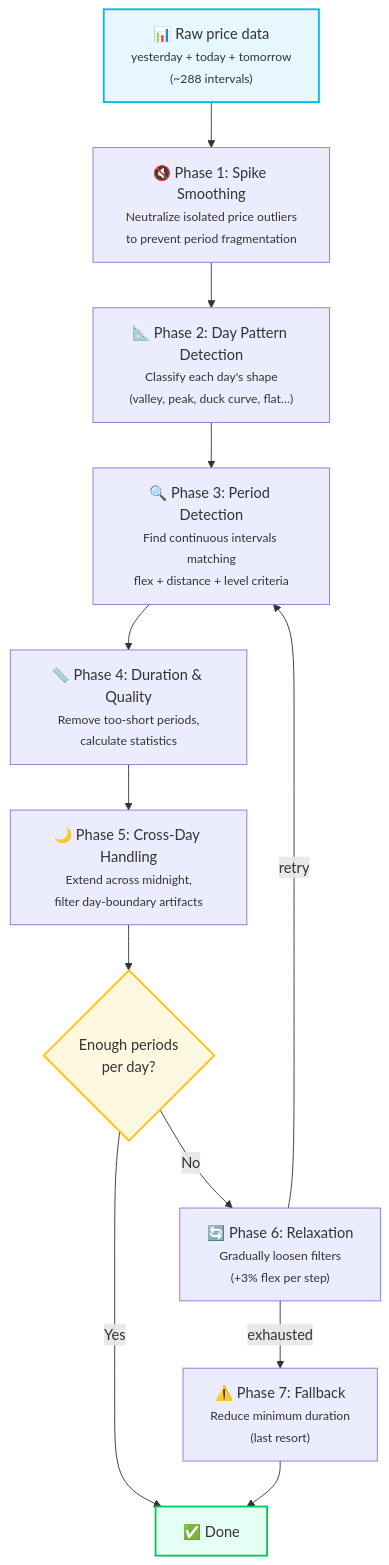
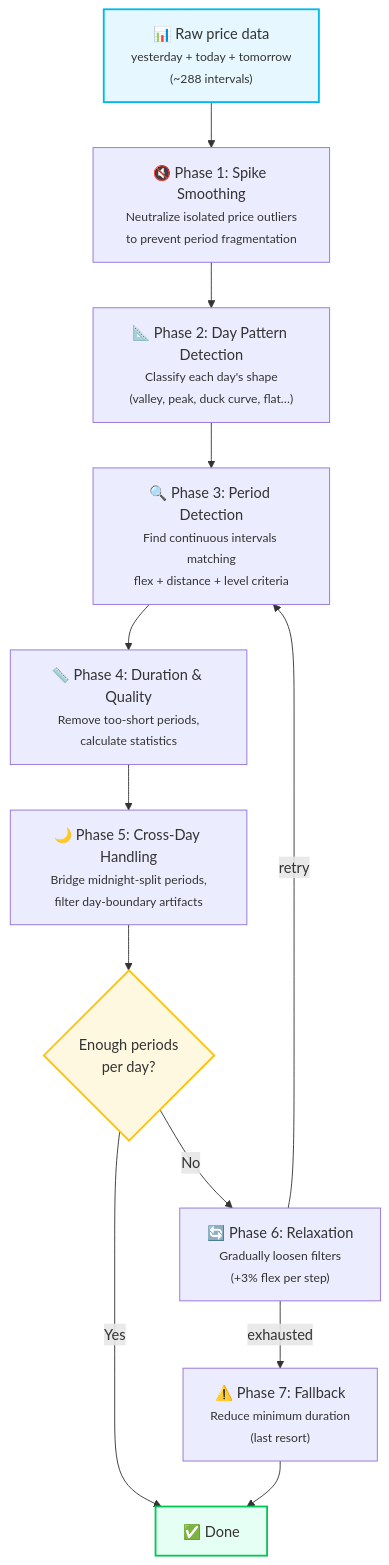
One commit to jpawlowski/hass.tibber_prices changed the second of 4 diagrams in docs/user/docs/period-calculation.md. Above: the diagram before and after it, drawn with Mermaid. The commit also changed other lines of this file and 5 other files, not shown here.

First line of the commit message:
refactor(periods): replace cross-day extension with bidirectional bridging

````diff
--- a/docs/user/docs/period-calculation.md
+++ b/docs/user/docs/period-calculation.md
@@ -106,19 +106,19 @@
 ```mermaid
 flowchart TD
     A["📊 Raw price data<br/><small>yesterday + today + tomorrow<br/>(~288 intervals)</small>"]
     A --> B["🔇 Phase 1: Spike Smoothing<br/><small>Neutralize isolated price outliers<br/>to prevent period fragmentation</small>"]
     B --> C["📐 Phase 2: Day Pattern Detection<br/><small>Classify each day's shape<br/>(valley, peak, duck curve, flat…)</small>"]
     C --> D["🔍 Phase 3: Period Detection<br/><small>Find continuous intervals matching<br/>flex + distance + level criteria</small>"]
     D --> E["📏 Phase 4: Duration &amp; Quality<br/><small>Remove too-short periods,<br/>calculate statistics</small>"]
-    E --> F["🌙 Phase 5: Cross-Day Handling<br/><small>Extend across midnight,<br/>filter day-boundary artifacts</small>"]
+    E --> F["🌙 Phase 5: Cross-Day Handling<br/><small>Bridge midnight-split periods,<br/>filter day-boundary artifacts</small>"]
     F --> G{"Enough periods<br/>per day?"}
     G -->|Yes| H["✅ Done"]
     G -->|No| I["🔄 Phase 6: Relaxation<br/><small>Gradually loosen filters<br/>(+3% flex per step)</small>"]
     I -->|retry| D
     I -->|exhausted| J["⚠️ Phase 7: Fallback<br/><small>Reduce minimum duration<br/>(last resort)</small>"]
     J --> H
 
     style A fill:#e6f7ff,stroke:#00b9e7,stroke-width:2px
     style H fill:#e6fff5,stroke:#00c853,stroke-width:2px
     style G fill:#fff8e1,stroke:#ffc107,stroke-width:2px
 ```
````
